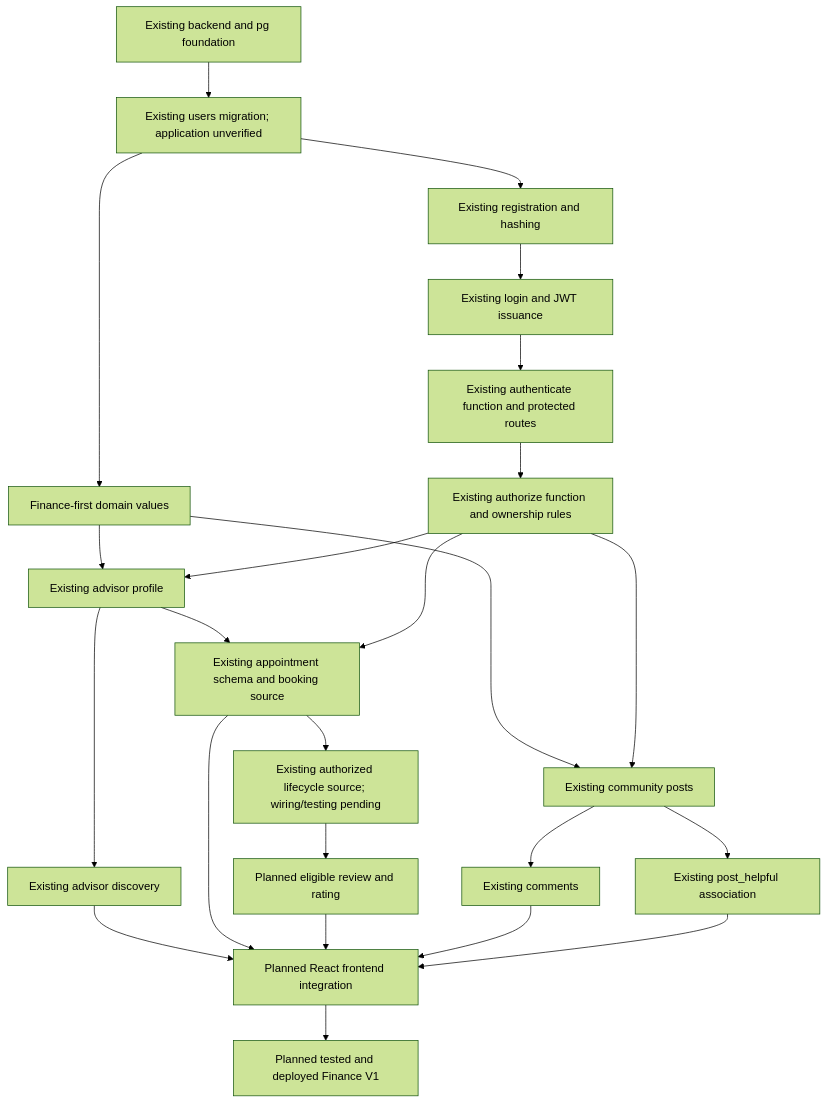
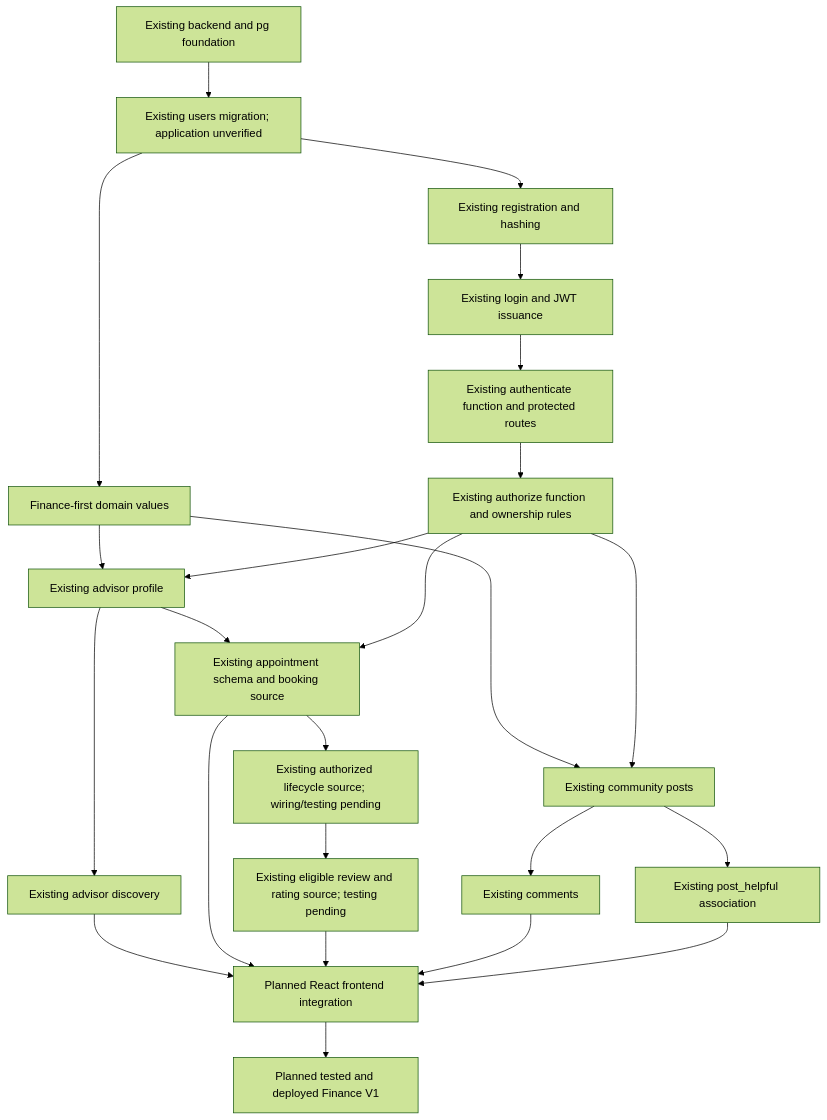
One commit to amriiit/consultify changed the fifth of 5 diagrams in docs/CONSULTIFY_MASTER_SPEC.md. Above: the diagram before and after it, drawn with Mermaid (forest theme). The commit also changed other lines of this file, not shown here.

````diff
--- a/docs/CONSULTIFY_MASTER_SPEC.md
+++ b/docs/CONSULTIFY_MASTER_SPEC.md
@@ -2101,26 +2178,26 @@
 ```mermaid
 flowchart TD
     F[Existing backend and pg foundation] --> M[Existing users migration; application unverified]
     M --> R[Existing registration and hashing]
     R --> L[Existing login and JWT issuance]
     L --> A[Existing authenticate function and protected routes]
     A --> Z[Existing authorize function and ownership rules]
     M --> D[Finance-first domain values]
     D --> P[Existing advisor profile]
     Z --> P
     P --> Q[Existing advisor discovery]
     P --> B[Existing appointment schema and booking source]
     Z --> B
     B --> C[Existing authorized lifecycle source; wiring/testing pending]
-    C --> V[Planned eligible review and rating]
+    C --> V[Existing eligible review and rating source; testing pending]
     D --> S[Existing community posts]
     Z --> S
     S --> T[Existing comments]
     S --> H[Existing post_helpful association]
     Q --> UI[Planned React frontend integration]
     B --> UI
     V --> UI
     T --> UI
     H --> UI
     UI --> DONE[Planned tested and deployed Finance V1]
 ```
````
